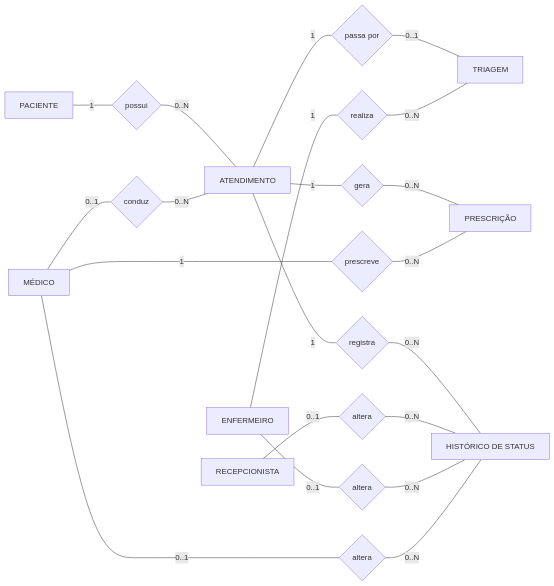
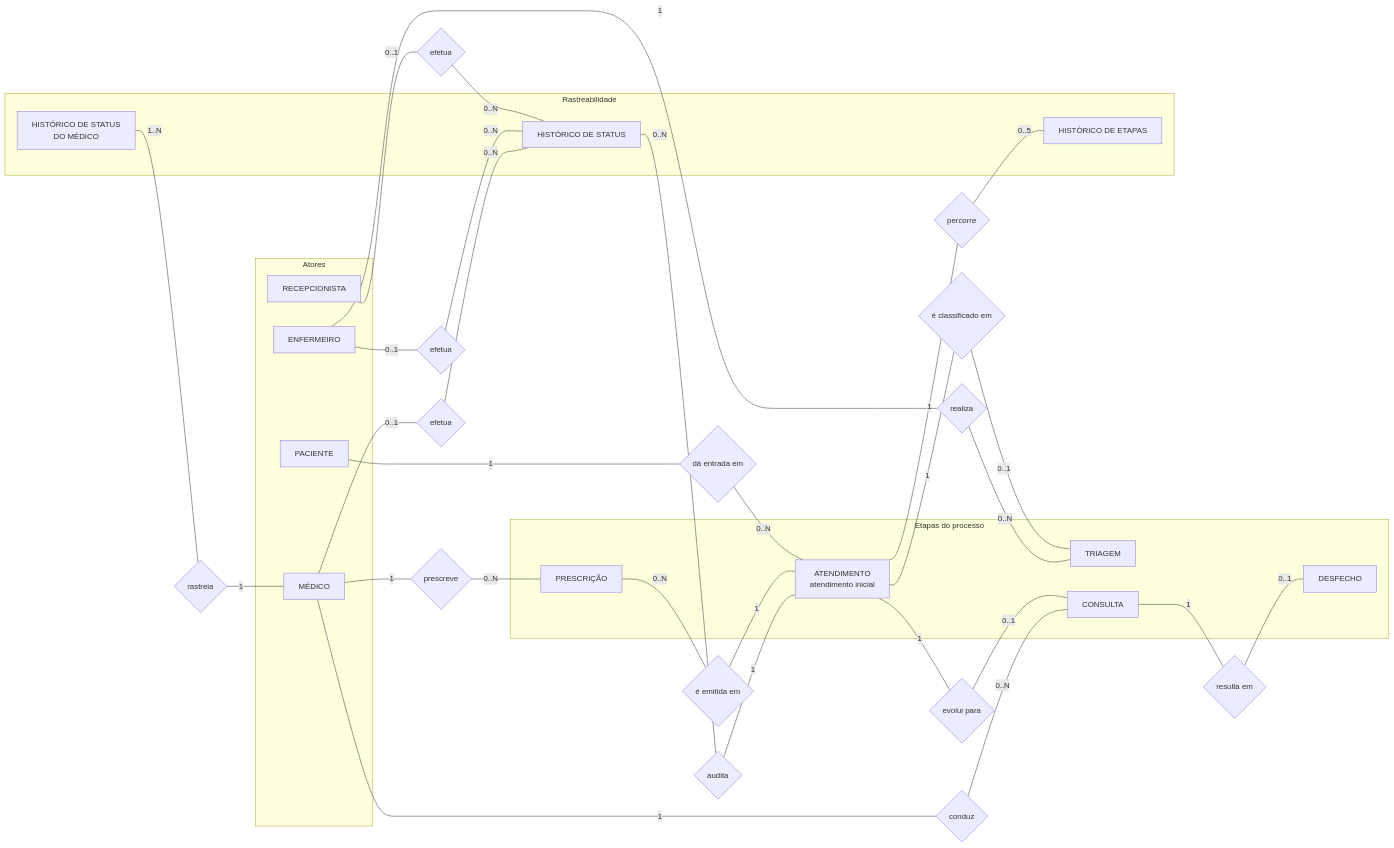
One commit to bandin01/Sistema-de-Atendimento-de-Pronto-Socorro changed the second of 4 diagrams in docs/MER.md. Above: the diagram before and after it, drawn with Mermaid. The commit also changed other lines of this file and 26 other files, not shown here.

First line of the commit message:
MER/DER: fluxo em etapas, consulta, desfecho e históricos

````diff
--- a/docs/MER.md
+++ b/docs/MER.md
@@ -14,36 +49,59 @@
 ```mermaid
 flowchart LR
-  RECEPCIONISTA[RECEPCIONISTA]
-  MEDICO[MÉDICO]
-  ENFERMEIRO[ENFERMEIRO]
-  PACIENTE[PACIENTE]
-  ATENDIMENTO[ATENDIMENTO]
-  TRIAGEM[TRIAGEM]
-  PRESCRICAO[PRESCRIÇÃO]
-  HISTORICO[HISTÓRICO DE STATUS]
+  subgraph Atores
+    PACIENTE[PACIENTE]
+    RECEPCIONISTA[RECEPCIONISTA]
+    ENFERMEIRO[ENFERMEIRO]
+    MEDICO[MÉDICO]
+  end
 
-  r_abre{possui}
+  subgraph Etapas["Etapas do processo"]
+    ATENDIMENTO[ATENDIMENTO<br/>atendimento inicial]
+    TRIAGEM[TRIAGEM]
+    CONSULTA[CONSULTA]
+    DESFECHO[DESFECHO]
+    PRESCRICAO[PRESCRIÇÃO]
+  end
+
+  subgraph Rastreabilidade
+    HIST_STATUS[HISTÓRICO DE STATUS]
+    HIST_ETAPAS[HISTÓRICO DE ETAPAS]
+    HIST_MEDICO[HISTÓRICO DE STATUS<br/>DO MÉDICO]
+  end
+
+  r_entrada{dá entrada em}
+  r_classificado{é classificado em}
+  r_realiza{realiza}
+  r_evolui{evolui para}
   r_conduz{conduz}
-  r_passa{passa por}
-  r_realiza{realiza}
-  r_gera{gera}
+  r_resulta{resulta em}
+  r_emitida{é emitida em}
   r_prescreve{prescreve}
-  r_registra{registra}
-  r_altera_rec{altera}
-  r_altera_enf{altera}
-  r_altera_med{altera}
+  r_audita{audita}
+  r_efetua_rec{efetua}
+  r_efetua_enf{efetua}
+  r_efetua_med{efetua}
+  r_percorre{percorre}
+  r_rastreia{rastreia}
 
-  PACIENTE ---|"1"| r_abre ---|"0..N"| ATENDIMENTO
-  MEDICO ---|"0..1"| r_conduz ---|"0..N"| ATENDIMENTO
+  PACIENTE ---|"1"| r_entrada ---|"0..N"| ATENDIMENTO
 
-  ATENDIMENTO ---|"1"| r_passa ---|"0..1"| TRIAGEM
+  ATENDIMENTO ---|"1"| r_classificado ---|"0..1"| TRIAGEM
   ENFERMEIRO ---|"1"| r_realiza ---|"0..N"| TRIAGEM
 
-  ATENDIMENTO ---|"1"| r_gera ---|"0..N"| PRESCRICAO
+  ATENDIMENTO ---|"1"| r_evolui ---|"0..1"| CONSULTA
+  MEDICO ---|"1"| r_conduz ---|"0..N"| CONSULTA
+
+  CONSULTA ---|"1"| r_resulta ---|"0..1"| DESFECHO
+
+  PRESCRICAO ---|"0..N"| r_emitida ---|"1"| ATENDIMENTO
   MEDICO ---|"1"| r_prescreve ---|"0..N"| PRESCRICAO
 
-  ATENDIMENTO ---|"1"| r_registra ---|"0..N"| HISTORICO
-  RECEPCIONISTA ---|"0..1"| r_altera_rec ---|"0..N"| HISTORICO
-  ENFERMEIRO ---|"0..1"| r_altera_enf ---|"0..N"| HISTORICO
-  MEDICO ---|"0..1"| r_altera_med ---|"0..N"| HISTORICO
+  HIST_STATUS ---|"0..N"| r_audita ---|"1"| ATENDIMENTO
+  RECEPCIONISTA ---|"0..1"| r_efetua_rec ---|"0..N"| HIST_STATUS
+  ENFERMEIRO ---|"0..1"| r_efetua_enf ---|"0..N"| HIST_STATUS
+  MEDICO ---|"0..1"| r_efetua_med ---|"0..N"| HIST_STATUS
+
+  ATENDIMENTO ---|"1"| r_percorre ---|"0..5"| HIST_ETAPAS
+  HIST_MEDICO ---|"1..N"| r_rastreia ---|"1"| MEDICO
 ```
````
